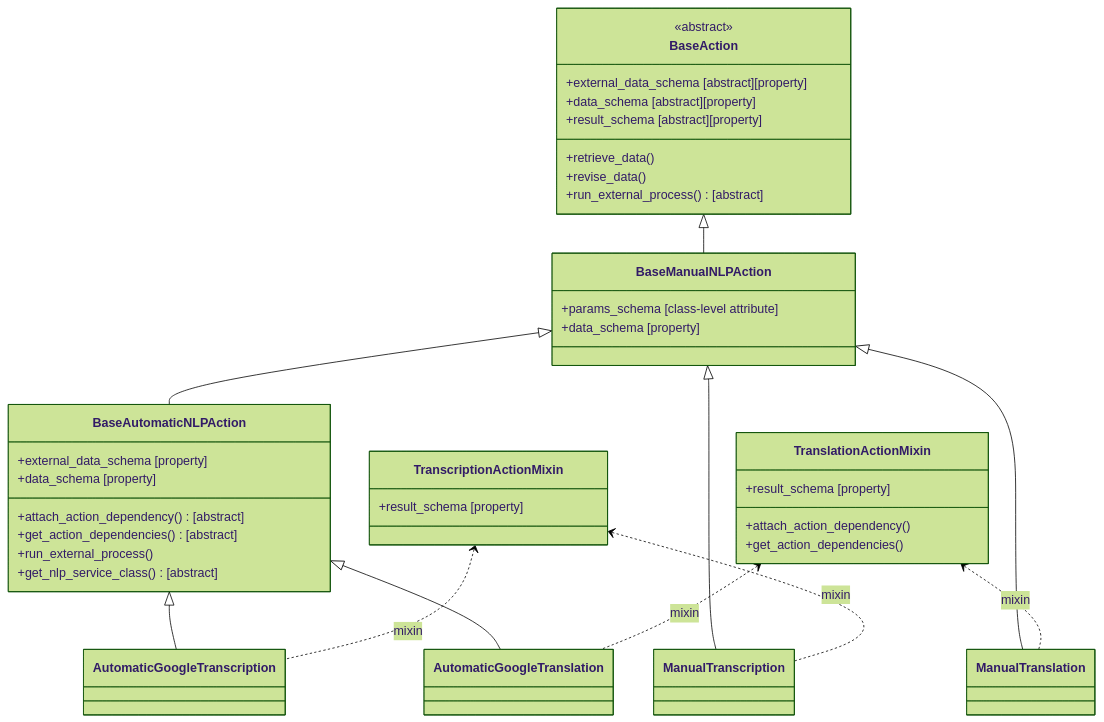
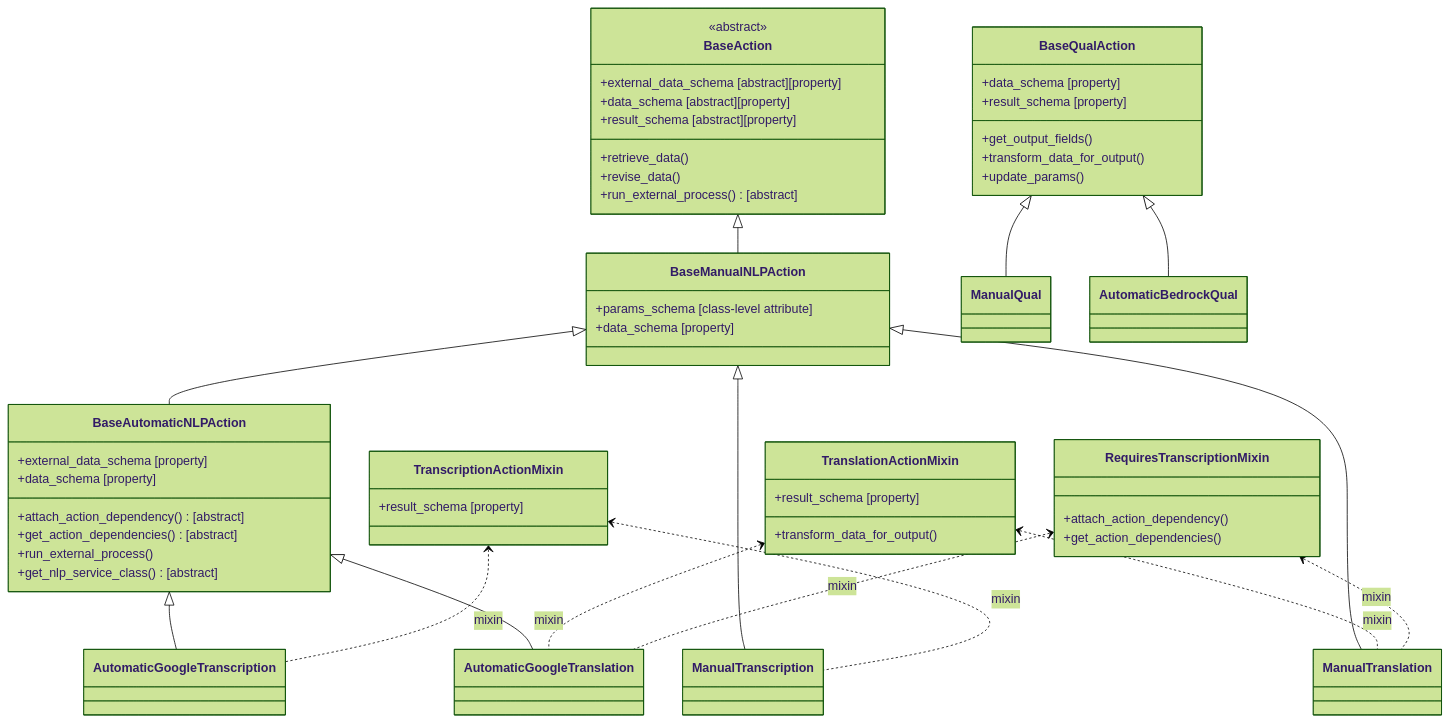
The first of 3 diagrams in kobo/apps/subsequences/README.md (kobotoolbox/kpi), drawn with Mermaid (forest theme) before and after one commit. The commit also changed other lines of this file, not shown here.

Commit message:
docs(qual): update docs DEV-1623

````diff
--- a/kobo/apps/subsequences/README.md
+++ b/kobo/apps/subsequences/README.md
@@ -24,61 +24,79 @@
 ```mermaid
 classDiagram
 direction TB
 
 %% ==== Bases ====
 class BaseAction {
   <<abstract>>
   +external_data_schema [abstract][property]
   +data_schema [abstract][property]
   +result_schema [abstract][property]
   +retrieve_data()
   +revise_data()
   +run_external_process() [abstract]
 }
 
 class BaseManualNLPAction {
   +params_schema [class-level attribute]
   +data_schema [property]
 }
 
 class BaseAutomaticNLPAction {
   +attach_action_dependency() [abstract]
   +external_data_schema [property]
   +data_schema [property]
   +get_action_dependencies() [abstract]
   +run_external_process()
   +get_nlp_service_class() [abstract]
 }
 
+class BaseQualAction {
+  +data_schema [property]
+  +result_schema [property]
+  +get_output_fields()
+  +transform_data_for_output()
+  +update_params()
+}
+
 %% ==== Concrete ====
 class ManualTranscription
 class ManualTranslation
 class AutomaticGoogleTranscription
 class AutomaticGoogleTranslation
+class ManualQual
+class AutomaticBedrockQual
 
 %% ==== Mixins (provide result_schema) ====
+class RequiresTranscriptionMixin {
+  +attach_action_dependency()
+  +get_action_dependencies()
+}
 class TranscriptionActionMixin {
   +result_schema [property]
 }
 class TranslationActionMixin {
-  +attach_action_dependency()
-  +get_action_dependencies()
   +result_schema [property]
+  +transform_data_for_output()
 }
+
 
 %% ==== Inheritance (bases) ====
 BaseAction <|-- BaseManualNLPAction
 BaseManualNLPAction <|-- BaseAutomaticNLPAction
 
 %% ==== Inheritance (concretes) ====
 BaseManualNLPAction <|-- ManualTranscription
 BaseManualNLPAction <|-- ManualTranslation
 BaseAutomaticNLPAction <|-- AutomaticGoogleTranscription
 BaseAutomaticNLPAction <|-- AutomaticGoogleTranslation
+BaseQualAction <|-- ManualQual
+BaseQualAction <|-- AutomaticBedrockQual
 
 %% ==== Mixins -> Concretes ====
 TranscriptionActionMixin <.. ManualTranscription : mixin
 TranscriptionActionMixin <.. AutomaticGoogleTranscription : mixin
 TranslationActionMixin  <.. ManualTranslation : mixin
 TranslationActionMixin  <.. AutomaticGoogleTranslation : mixin
+RequiresTranscriptionMixin  <.. ManualTranslation : mixin
+RequiresTranscriptionMixin  <.. AutomaticGoogleTranslation : mixin
 ```
````
